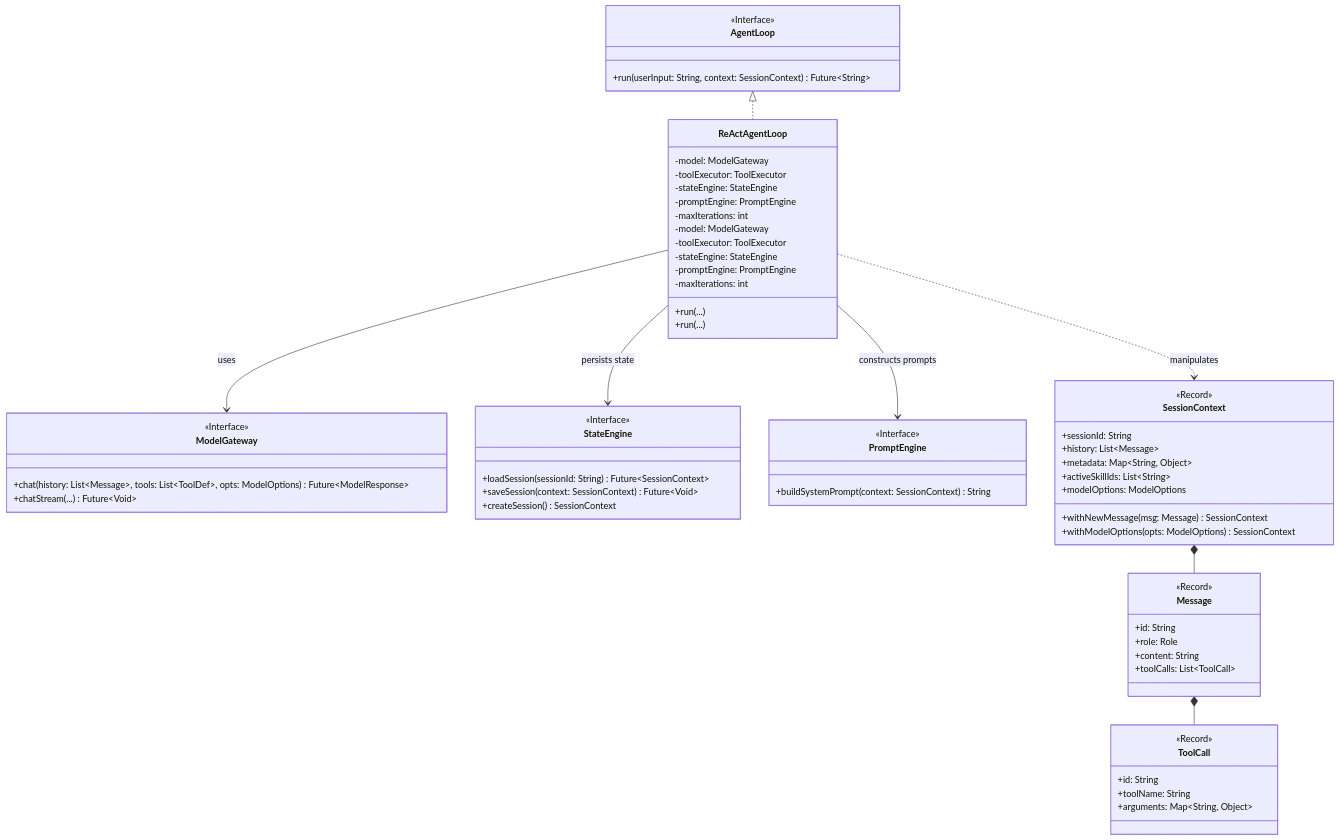
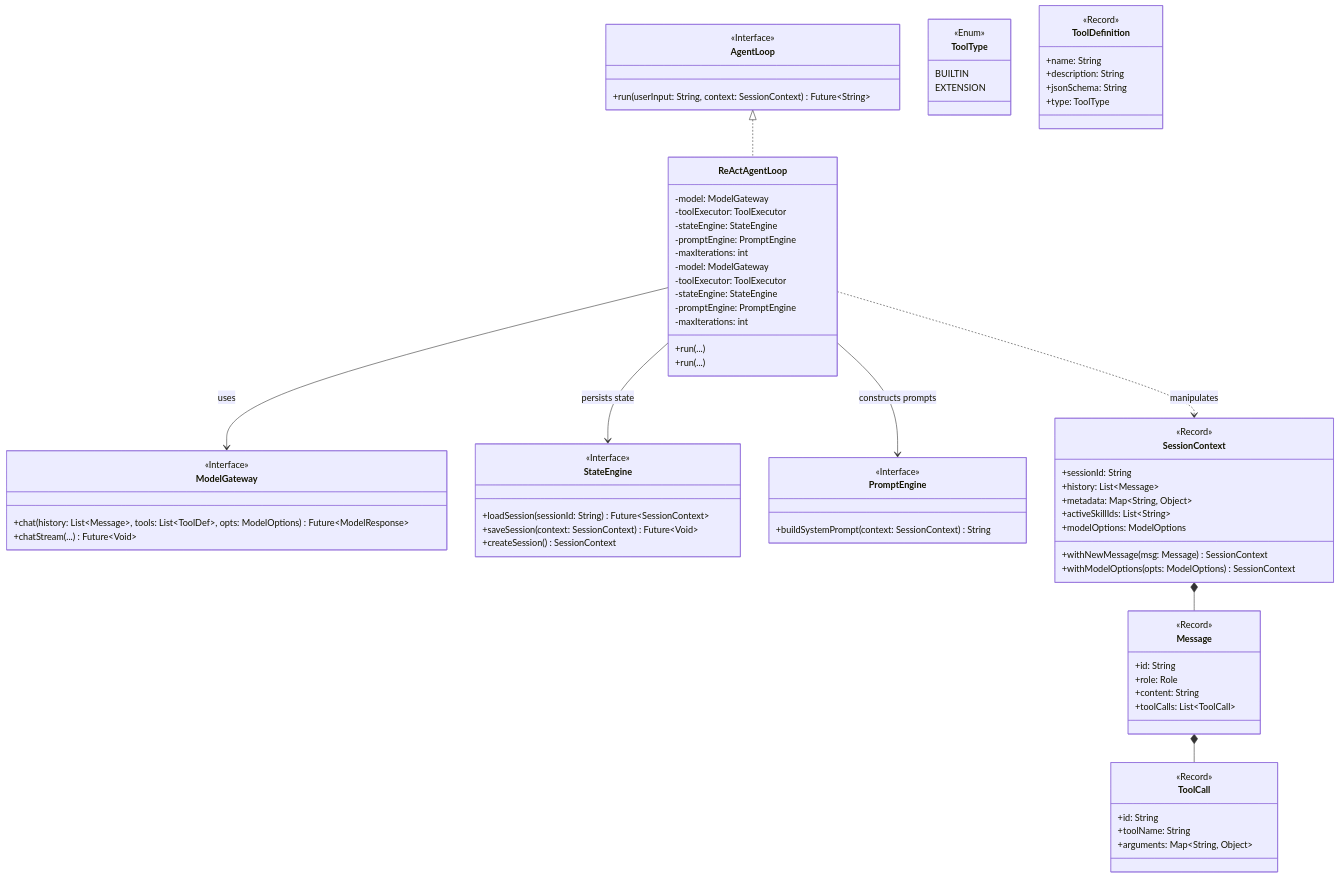
One commit to stream-iori/ganglia changed the first of 3 diagrams in docs/CORE_KERNEL_DESIGN.md. Above: the diagram before and after it, drawn with Mermaid. The commit also changed 3 other files, not shown here.

Commit message:
feat: add ToolType to ToolDefinition and update docs

```diff
--- a/docs/CORE_KERNEL_DESIGN.md
+++ b/docs/CORE_KERNEL_DESIGN.md
@@ -81,6 +81,20 @@
         +arguments: Map~String, Object~
     }
 
+    class ToolType {
+        <<Enum>>
+        BUILTIN
+        EXTENSION
+    }
+
+    class ToolDefinition {
+        <<Record>>
+        +name: String
+        +description: String
+        +jsonSchema: String
+        +type: ToolType
+    }
+
     ReActAgentLoop --> ModelGateway : uses
     ReActAgentLoop --> StateEngine : persists state
     ReActAgentLoop --> PromptEngine : constructs prompts
```
